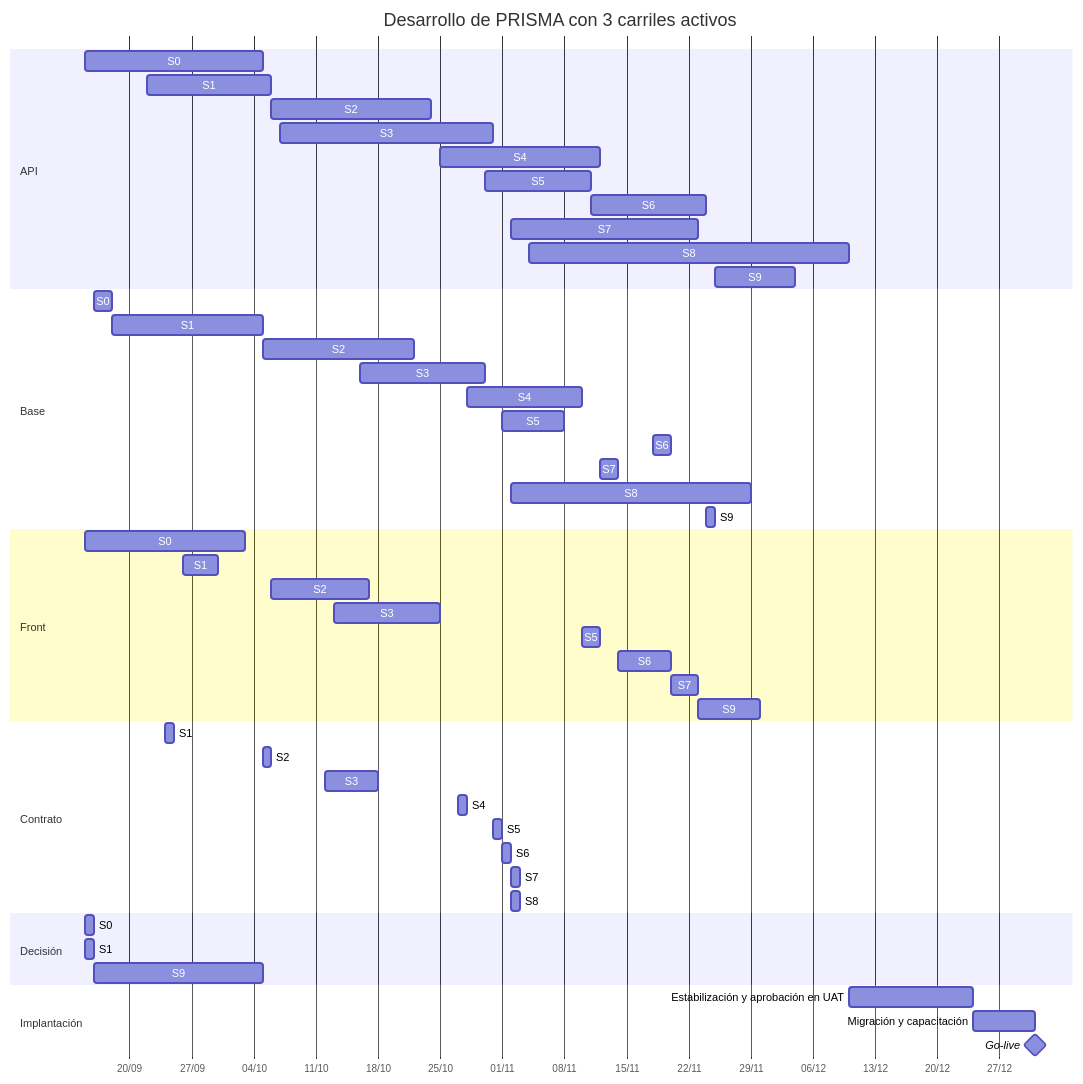
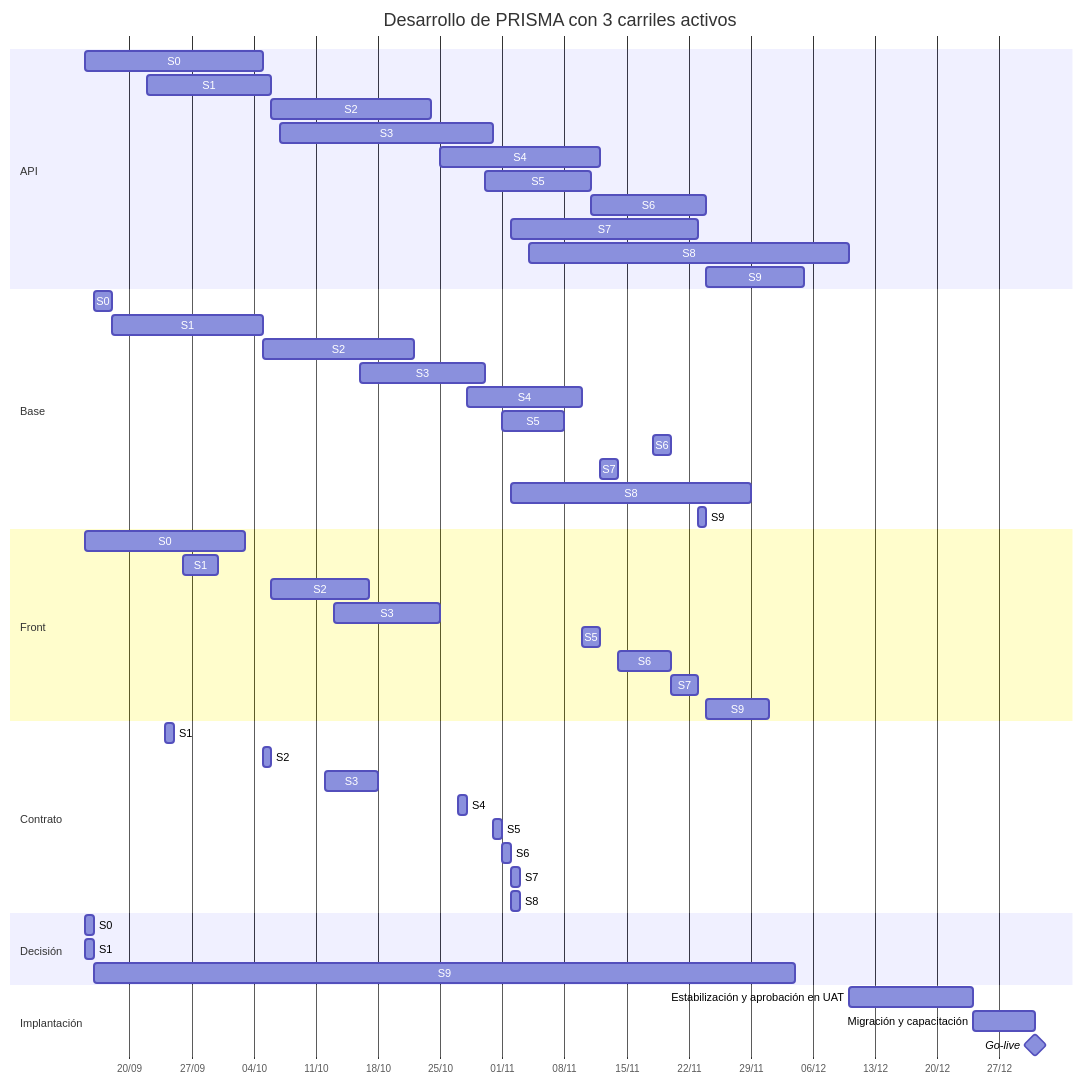
One commit to Juanchope039/Finanzas-PRISMA changed the first of 2 diagrams in docs/08-plan-de-desarrollo.md. Above: the diagram before and after it, drawn with Mermaid. The commit also changed other lines of this file and 14 other files, not shown here.

````diff
--- a/docs/08-plan-de-desarrollo.md
+++ b/docs/08-plan-de-desarrollo.md
@@ -241,60 +241,60 @@
 ```mermaid
 gantt
     title Desarrollo de PRISMA con 3 carriles activos
     dateFormat YYYY-MM-DD
     axisFormat %d/%m
 
     section API
     S0 :api0, 2026-09-15, 2026-10-05
     S1 :api1, 2026-09-22, 2026-10-06
     S2 :api2, 2026-10-06, 2026-10-24
     S3 :api3, 2026-10-07, 2026-10-31
     S4 :api4, 2026-10-25, 2026-11-12
     S5 :api5, 2026-10-30, 2026-11-11
     S6 :api6, 2026-11-11, 2026-11-24
     S7 :api7, 2026-11-02, 2026-11-23
     S8 :api8, 2026-11-04, 2026-12-10
-    S9 :api9, 2026-11-25, 2026-12-04
+    S9 :api9, 2026-11-24, 2026-12-05
 
     section Base
     S0 :base0, 2026-09-16, 2026-09-18
     S1 :base1, 2026-09-18, 2026-10-05
     S2 :base2, 2026-10-05, 2026-10-22
     S3 :base3, 2026-10-16, 2026-10-30
     S4 :base4, 2026-10-28, 2026-11-10
     S5 :base5, 2026-11-01, 2026-11-08
     S6 :base6, 2026-11-18, 2026-11-20
     S7 :base7, 2026-11-12, 2026-11-14
     S8 :base8, 2026-11-02, 2026-11-29
-    S9 :base9, 2026-11-24, 2026-11-25
+    S9 :base9, 2026-11-23, 2026-11-24
 
     section Front
     S0 :front0, 2026-09-15, 2026-10-03
     S1 :front1, 2026-09-26, 2026-09-30
     S2 :front2, 2026-10-06, 2026-10-17
     S3 :front3, 2026-10-13, 2026-10-25
     S5 :front5, 2026-11-10, 2026-11-12
     S6 :front6, 2026-11-14, 2026-11-20
     S7 :front7, 2026-11-20, 2026-11-23
-    S9 :front9, 2026-11-23, 2026-11-30
+    S9 :front9, 2026-11-24, 2026-12-01
 
     section Contrato
     S1 :contrato1, 2026-09-24, 2026-09-25
     S2 :contrato2, 2026-10-05, 2026-10-06
     S3 :contrato3, 2026-10-12, 2026-10-18
     S4 :contrato4, 2026-10-27, 2026-10-28
     S5 :contrato5, 2026-10-31, 2026-11-01
     S6 :contrato6, 2026-11-01, 2026-11-02
     S7 :contrato7, 2026-11-02, 2026-11-03
     S8 :contrato8, 2026-11-02, 2026-11-03
 
     section Decisión
     S0 :decisin0, 2026-09-15, 2026-09-16
     S1 :decisin1, 2026-09-15, 2026-09-16
-    S9 :decisin9, 2026-09-16, 2026-10-05
+    S9 :decisin9, 2026-09-16, 2026-12-04
 
     section Implantación
     Estabilización y aprobación en UAT :est, 2026-12-10, 2026-12-24
     Migración y capacitación :mig, 2026-12-24, 2026-12-31
     Go-live :milestone, 2026-12-31, 0d
 ```
````
